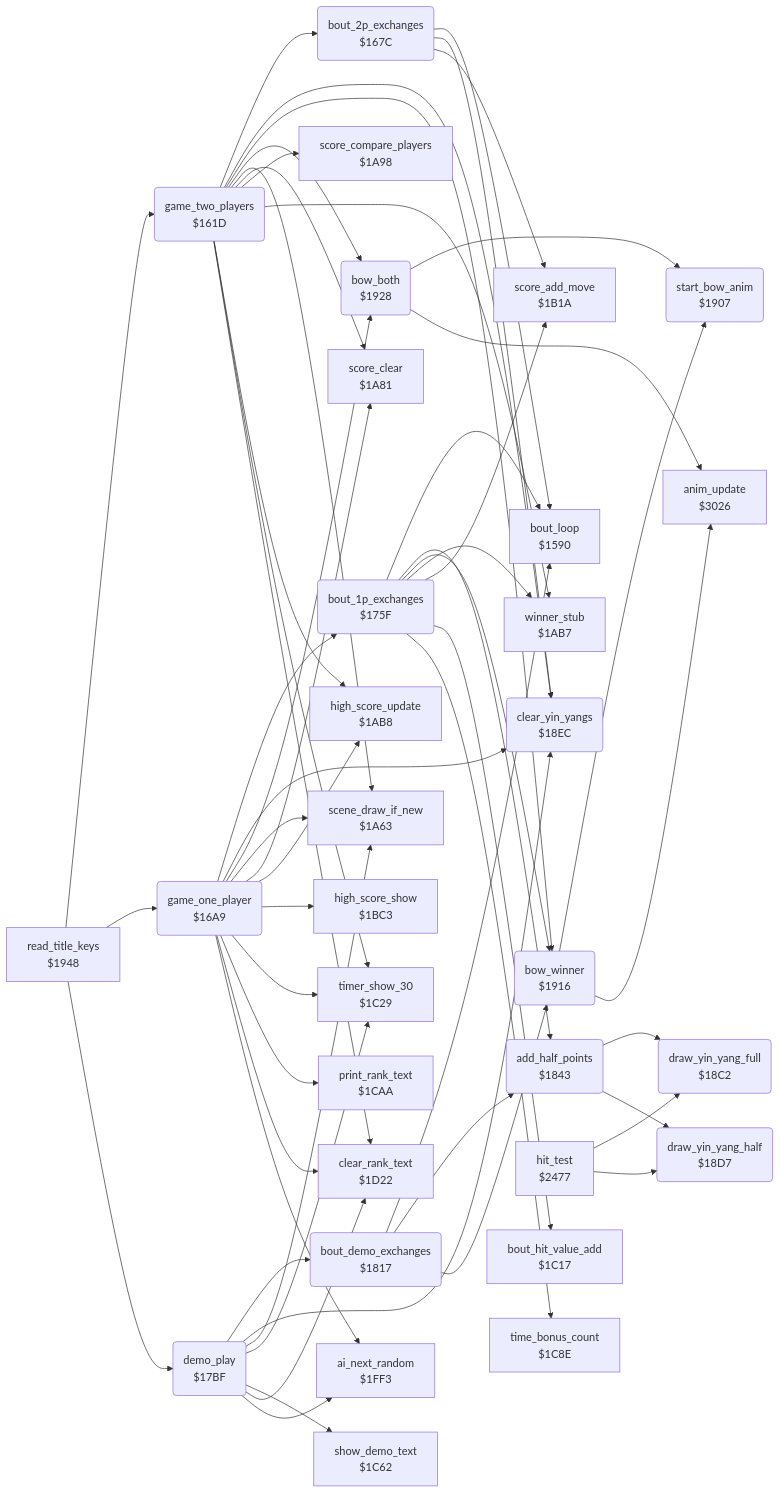
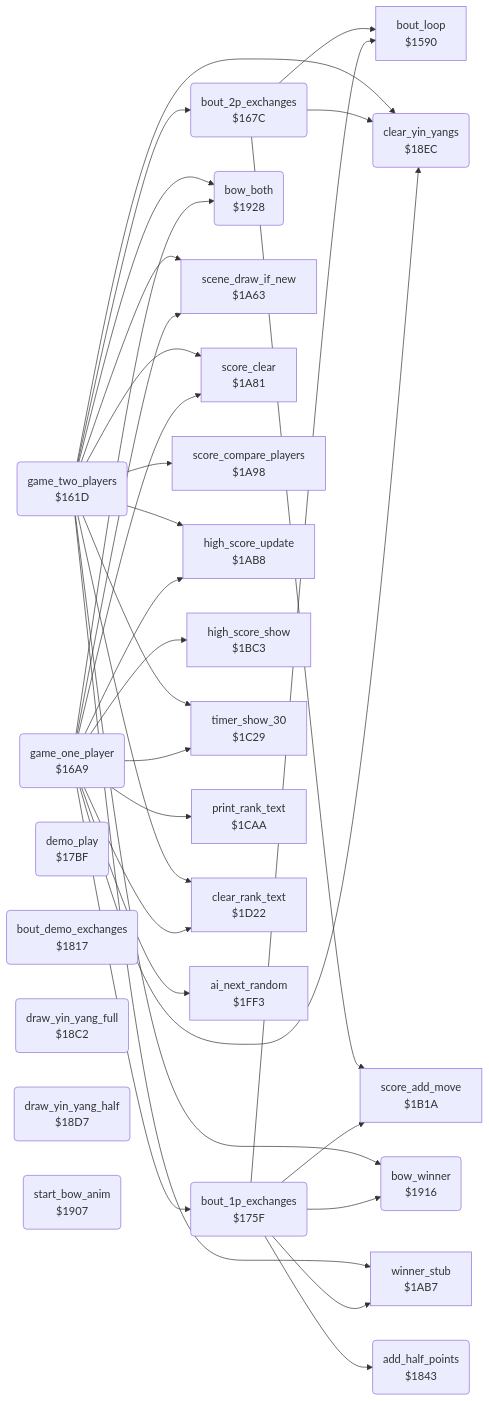
The diagram in exploding_fist/v1/docs/reference/modules/game/game_modes.md (henols/c64_games), drawn with Mermaid before and after one commit. The commit also changed other lines of this file and 319 other files, not shown here.

````diff
--- a/exploding_fist/v1/docs/reference/modules/game/game_modes.md
+++ b/exploding_fist/v1/docs/reference/modules/game/game_modes.md
@@ -23,7 +43,6 @@
   n1907("start_bow_anim<br/>$1907")
   n1916("bow_winner<br/>$1916")
   n1928("bow_both<br/>$1928")
-  n1948["read_title_keys<br/>$1948"]
   n1a63["scene_draw_if_new<br/>$1A63"]
   n1a81["score_clear<br/>$1A81"]
   n1a98["score_compare_players<br/>$1A98"]
@@ -31,15 +50,10 @@
   n1ab8["high_score_update<br/>$1AB8"]
   n1b1a["score_add_move<br/>$1B1A"]
   n1bc3["high_score_show<br/>$1BC3"]
-  n1c17["bout_hit_value_add<br/>$1C17"]
   n1c29["timer_show_30<br/>$1C29"]
-  n1c62["show_demo_text<br/>$1C62"]
-  n1c8e["time_bonus_count<br/>$1C8E"]
   n1caa["print_rank_text<br/>$1CAA"]
   n1d22["clear_rank_text<br/>$1D22"]
   n1ff3["ai_next_random<br/>$1FF3"]
-  n2477["hit_test<br/>$2477"]
-  n3026["anim_update<br/>$3026"]
   n161d --> n167c
   n161d --> n18ec
   n161d --> n1916
@@ -70,27 +84,4 @@
   n175f --> n1916
   n175f --> n1ab7
   n175f --> n1b1a
-  n175f --> n1c17
-  n175f --> n1c8e
-  n17bf --> n1817
-  n17bf --> n18ec
-  n17bf --> n1a63
-  n17bf --> n1c29
-  n17bf --> n1c62
-  n17bf --> n1d22
-  n17bf --> n1ff3
-  n1817 --> n1590
-  n1817 --> n1843
-  n1817 --> n1916
-  n1843 --> n18c2
-  n1843 --> n18d7
-  n1916 --> n1907
-  n1916 --> n3026
-  n1928 --> n1907
-  n1928 --> n3026
-  n1948 --> n161d
-  n1948 --> n16a9
-  n1948 --> n17bf
-  n2477 --> n18c2
-  n2477 --> n18d7
 ```
````
